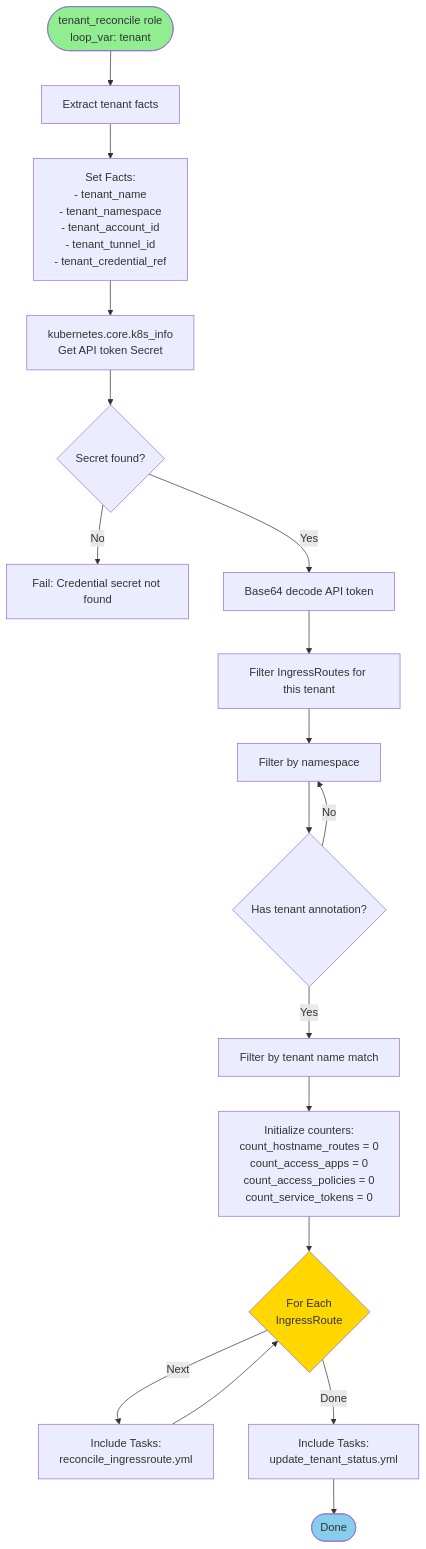
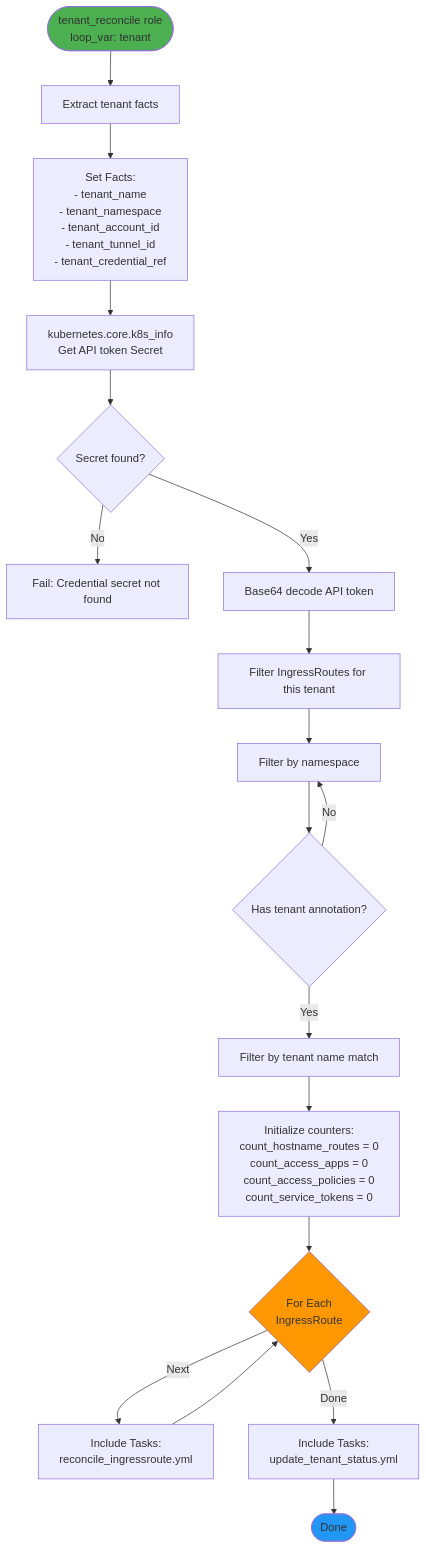
The tenth of 20 diagrams in docs/flow.md (wheetazlab/cloudflare-zero-trust-operator), drawn with Mermaid before and after one commit. The commit also changed other lines of this file and 1 other file, not shown here.

First line of the commit message:
fix: Replace light colors in mermaid diagrams with darker, more readable colors

````diff
--- a/docs/flow.md
+++ b/docs/flow.md
@@ -654,35 +654,35 @@
 ```mermaid
 flowchart TD
     START([tenant_reconcile role<br/>loop_var: tenant]) --> EXTRACT[Extract tenant facts]
     
     EXTRACT --> SET_FACTS[Set Facts:<br/>- tenant_name<br/>- tenant_namespace<br/>- tenant_account_id<br/>- tenant_tunnel_id<br/>- tenant_credential_ref]
     
     SET_FACTS --> GET_SECRET[kubernetes.core.k8s_info<br/>Get API token Secret]
     
     GET_SECRET --> CHECK_SECRET{Secret found?}
     CHECK_SECRET -->|No| FAIL[Fail: Credential secret not found]
     CHECK_SECRET -->|Yes| DECODE[Base64 decode API token]
     
     DECODE --> FILTER_IR[Filter IngressRoutes for this tenant]
     
     FILTER_IR --> FILTER_NS[Filter by namespace]
     FILTER_NS --> FILTER_ANNO{Has tenant annotation?}
     
     FILTER_ANNO -->|Yes| FILTER_MATCH[Filter by tenant name match]
     FILTER_ANNO -->|No| FILTER_NS
     
     FILTER_MATCH --> INIT_COUNT[Initialize counters:<br/>count_hostname_routes = 0<br/>count_access_apps = 0<br/>count_access_policies = 0<br/>count_service_tokens = 0]
     
     INIT_COUNT --> IR_LOOP{For Each<br/>IngressRoute}
     
     IR_LOOP -->|Next| RECON_IR[Include Tasks:<br/>reconcile_ingressroute.yml]
     IR_LOOP -->|Done| UPDATE_STATUS[Include Tasks:<br/>update_tenant_status.yml]
     
     RECON_IR --> IR_LOOP
     
     UPDATE_STATUS --> END([Done])
     
-    style START fill:#90EE90
-    style IR_LOOP fill:#FFD700
-    style END fill:#87CEEB
+    style START fill:#4CAF50
+    style IR_LOOP fill:#FF9800
+    style END fill:#2196F3
 ```
````
